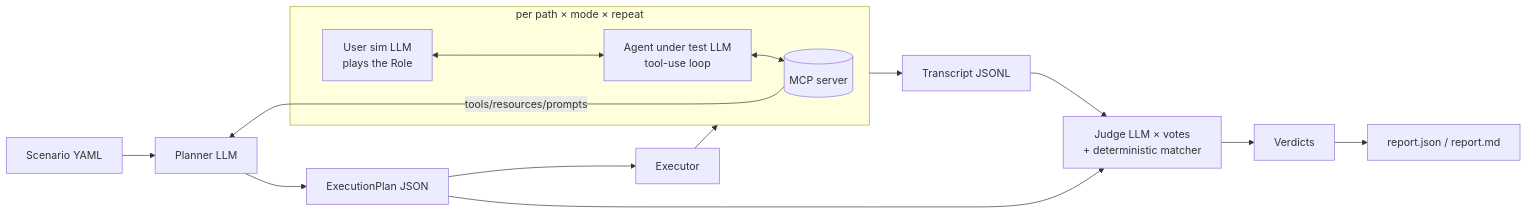
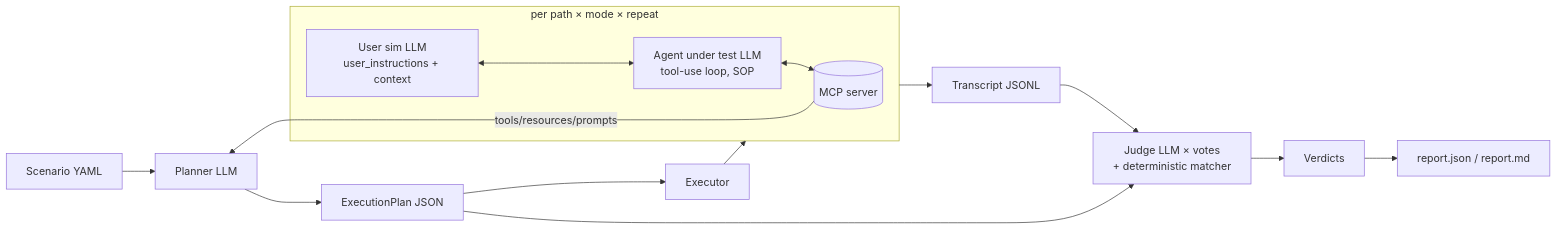
One commit to pjvjay/mcp-sim changed the diagram in docs/DESIGN.md. Above: the diagram before and after it, drawn with Mermaid. The commit also changed other lines of this file and 25 other files, not shown here.

First line of the commit message:
Scenario v2: user instructions, context, expected behaviour, SOP skill, pass^k

````diff
--- a/docs/DESIGN.md
+++ b/docs/DESIGN.md
@@ -32,16 +42,16 @@
 ```mermaid
 flowchart LR
   S[Scenario YAML] --> P[Planner LLM]
   C[(MCP server)] -- tools/resources/prompts --> P
   P --> E[ExecutionPlan JSON]
   E --> X[Executor]
   subgraph run["per path × mode × repeat"]
-    U[User sim LLM<br/>plays the Role] <--> A[Agent under test LLM<br/>tool-use loop]
+    U[User sim LLM<br/>user_instructions + context] <--> A[Agent under test LLM<br/>tool-use loop, SOP]
     A <--> C
   end
   X --> run
   run --> T[Transcript JSONL]
   T --> J[Judge LLM × votes<br/>+ deterministic matcher]
   E --> J
   J --> V[Verdicts] --> R[report.json / report.md]
 ```
````
